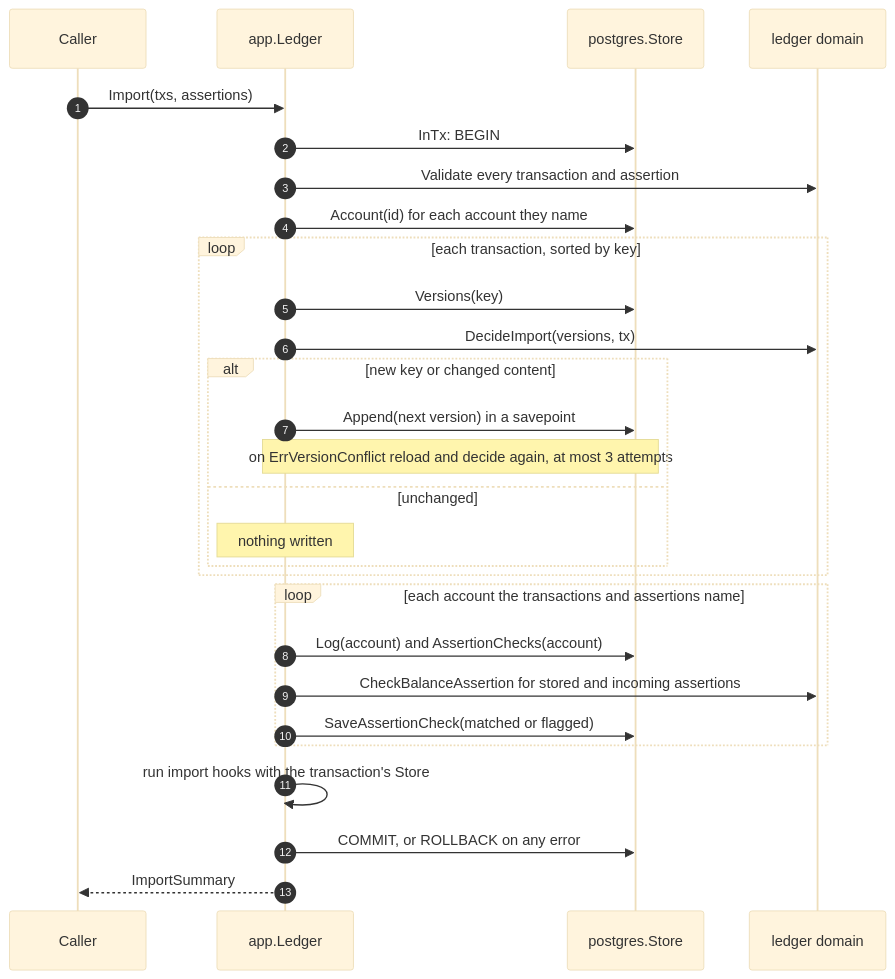
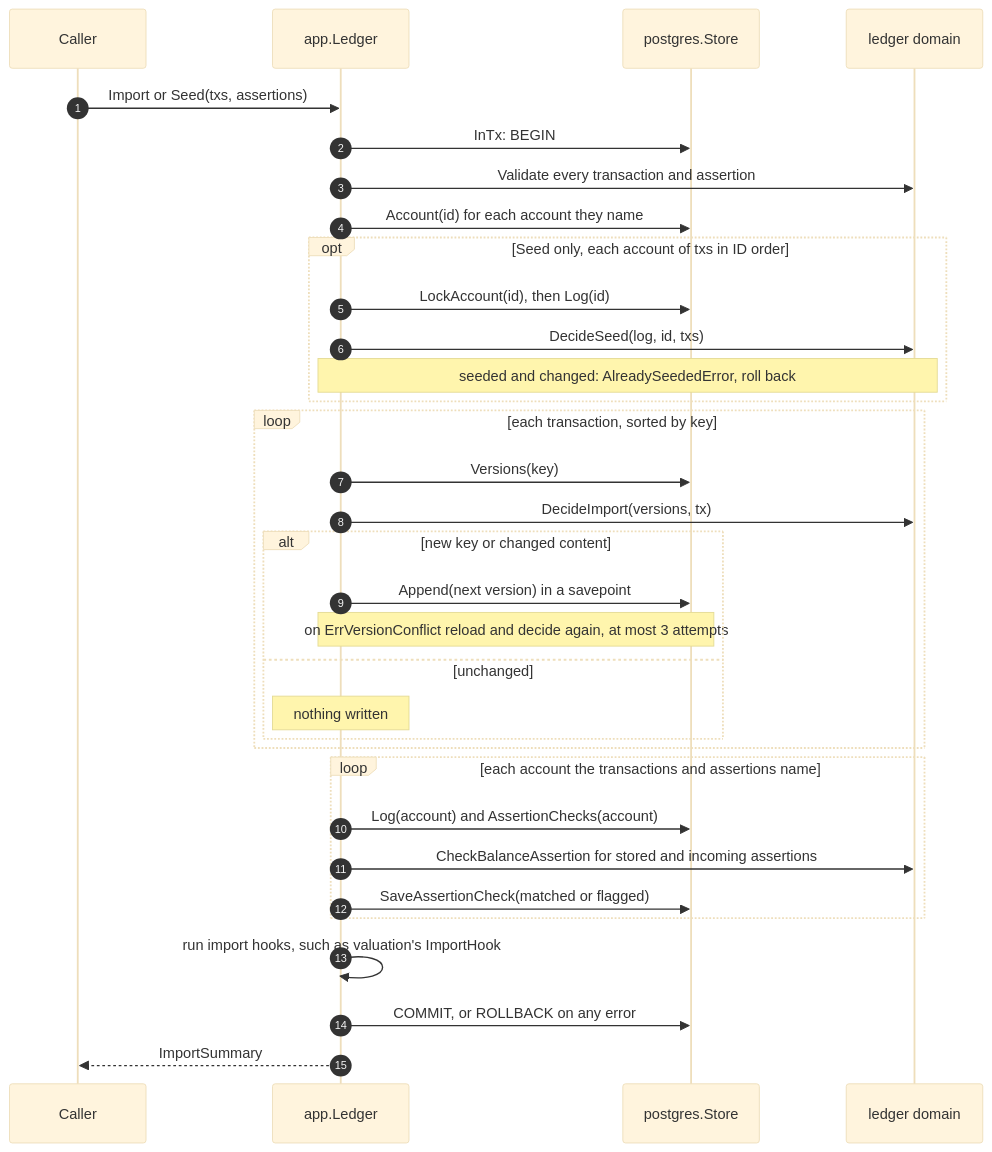
One commit to arkadiuss/openfief changed the second of 4 diagrams in docs/concepts/ledger.md. Above: the diagram before and after it, drawn with Mermaid (base theme). The commit also changed other lines of this file and 5 other files, not shown here.

First line of the commit message:
docs: bring architecture and concept pages up to main

````diff
--- a/docs/concepts/ledger.md
+++ b/docs/concepts/ledger.md
@@ -118,30 +120,35 @@
 ```mermaid
 sequenceDiagram
   autonumber
   participant C as Caller
   participant L as app.Ledger
   participant S as postgres.Store
   participant D as ledger domain
-  C->>L: Import(txs, assertions)
+  C->>L: Import or Seed(txs, assertions)
   L->>S: InTx: BEGIN
   L->>D: Validate every transaction and assertion
   L->>S: Account(id) for each account they name
+  opt Seed only, each account of txs in ID order
+    L->>S: LockAccount(id), then Log(id)
+    L->>D: DecideSeed(log, id, txs)
+    Note over L,D: seeded and changed: AlreadySeededError, roll back
+  end
   loop each transaction, sorted by key
     L->>S: Versions(key)
     L->>D: DecideImport(versions, tx)
     alt new key or changed content
       L->>S: Append(next version) in a savepoint
       Note over L,S: on ErrVersionConflict reload and decide again, at most 3 attempts
     else unchanged
       Note over L: nothing written
     end
   end
   loop each account the transactions and assertions name
     L->>S: Log(account) and AssertionChecks(account)
     L->>D: CheckBalanceAssertion for stored and incoming assertions
     L->>S: SaveAssertionCheck(matched or flagged)
   end
-  L->>L: run import hooks with the transaction's Store
+  L->>L: run import hooks, such as valuation's ImportHook
   L->>S: COMMIT, or ROLLBACK on any error
   L-->>C: ImportSummary
 ```
````
